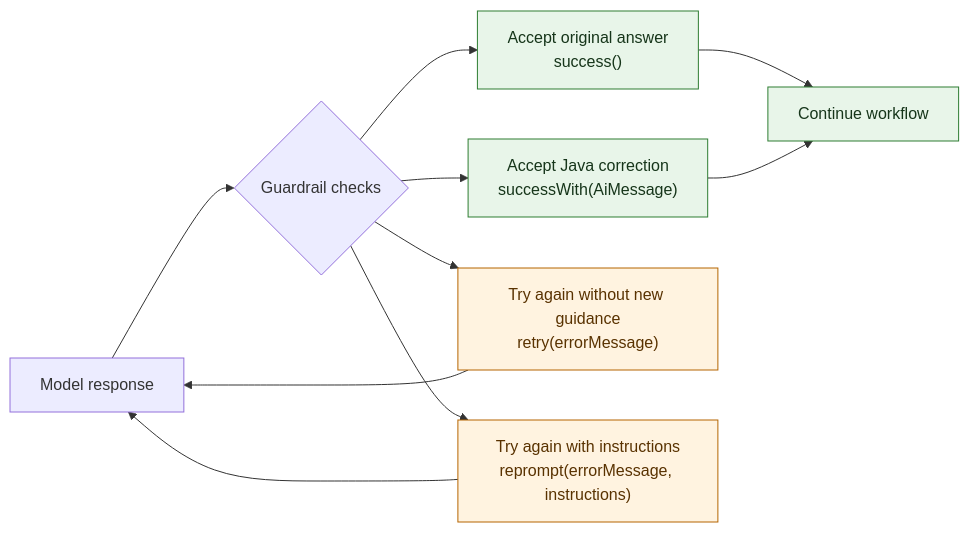
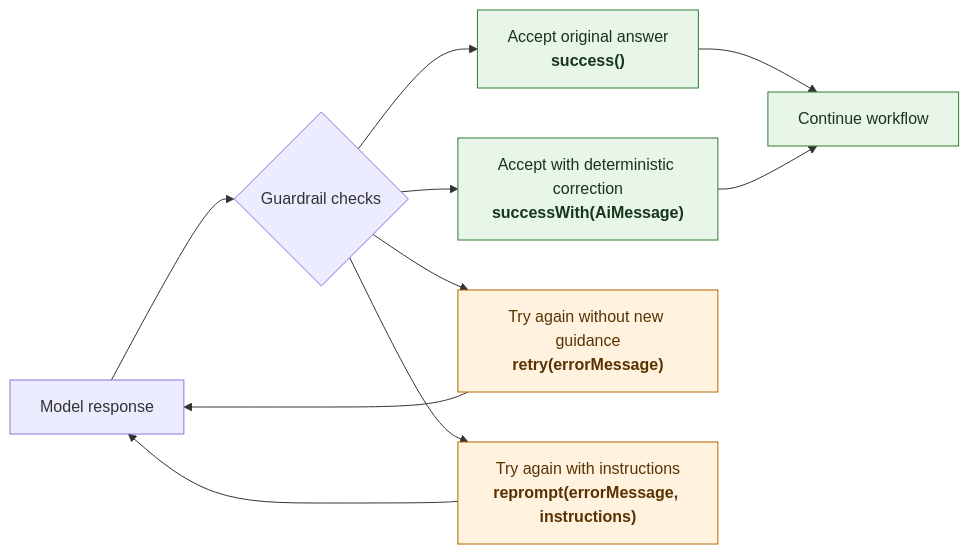
Before and after one commit to quarkusio/quarkus-workshop-langchain4j: the first of 3 diagrams in docs/docs/section-3/step-02.md, drawn with Mermaid. The commit also changed other lines of this file and 52 other files, not shown here.

````diff
--- a/docs/docs/section-3/step-02.md
+++ b/docs/docs/section-3/step-02.md
@@ -15,19 +15,19 @@
 ```mermaid
 flowchart LR
     accTitle: Four ways an output guardrail can respond
     accDescr: The guardrail accepts the original answer with success or a Java correction with successWith. Both continue the workflow. Retry requests another answer without new guidance, while reprompt adds instructions. Each new model answer is checked again, up to the configured attempt limit.
     Model[Model response] --> Check{Guardrail checks}
-    Check --> Pass["Accept original answer<br/>success()"]
-    Check --> Fix["Accept Java correction<br/>successWith(AiMessage)"]
-    Check --> Retry["Try again without new guidance<br/>retry(errorMessage)"]
-    Check --> Reprompt["Try again with instructions<br/>reprompt(errorMessage, instructions)"]
+    Check --> Pass["Accept original answer<br/><b>success()</b>"]
+    Check --> Fix["Accept with deterministic correction<br/><b>successWith(AiMessage)</b>"]
+    Check --> Retry["Try again without new guidance<br/><b>retry(errorMessage)</b>"]
+    Check --> Reprompt["Try again with instructions<br/><b>reprompt(errorMessage, instructions)</b>"]
     Pass --> Continue[Continue workflow]
     Fix --> Continue
     Retry --> Model
     Reprompt --> Model
 
     classDef accepted fill:#e8f5e9,stroke:#2e7d32,color:#16351a
     classDef regenerate fill:#fff3e0,stroke:#b56500,color:#593200
     class Pass,Fix,Continue accepted
     class Retry,Reprompt regenerate
 ```
````
